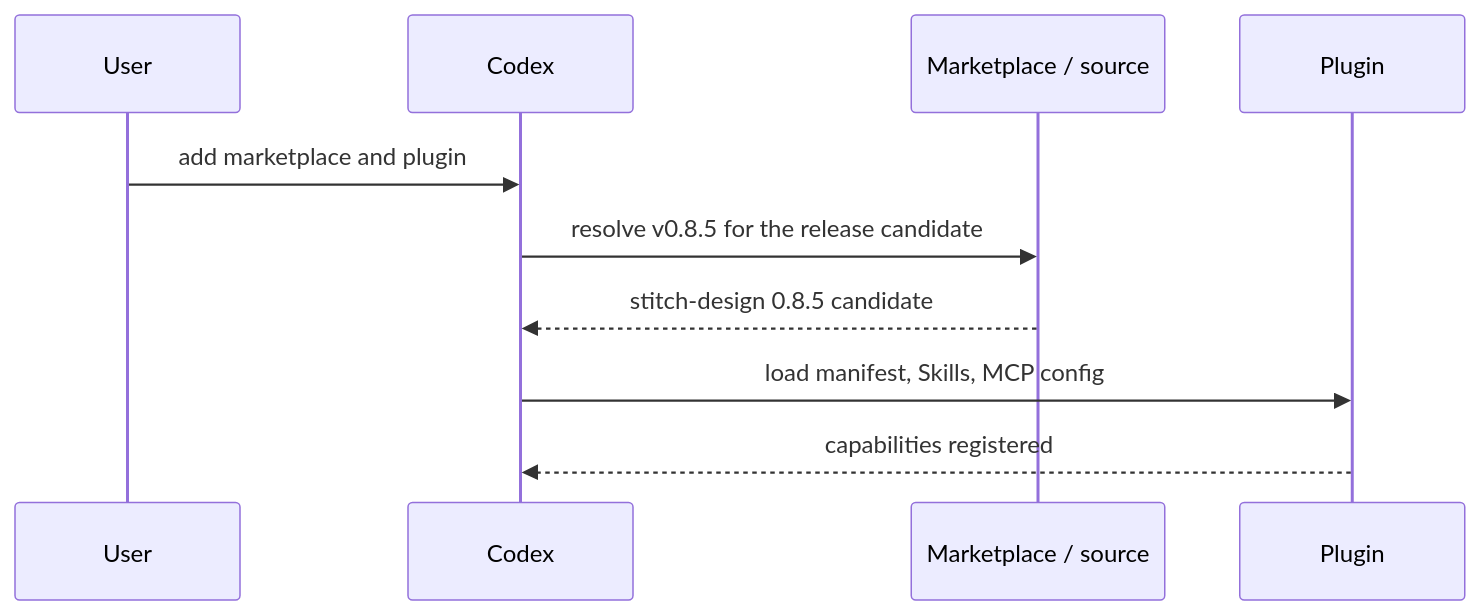
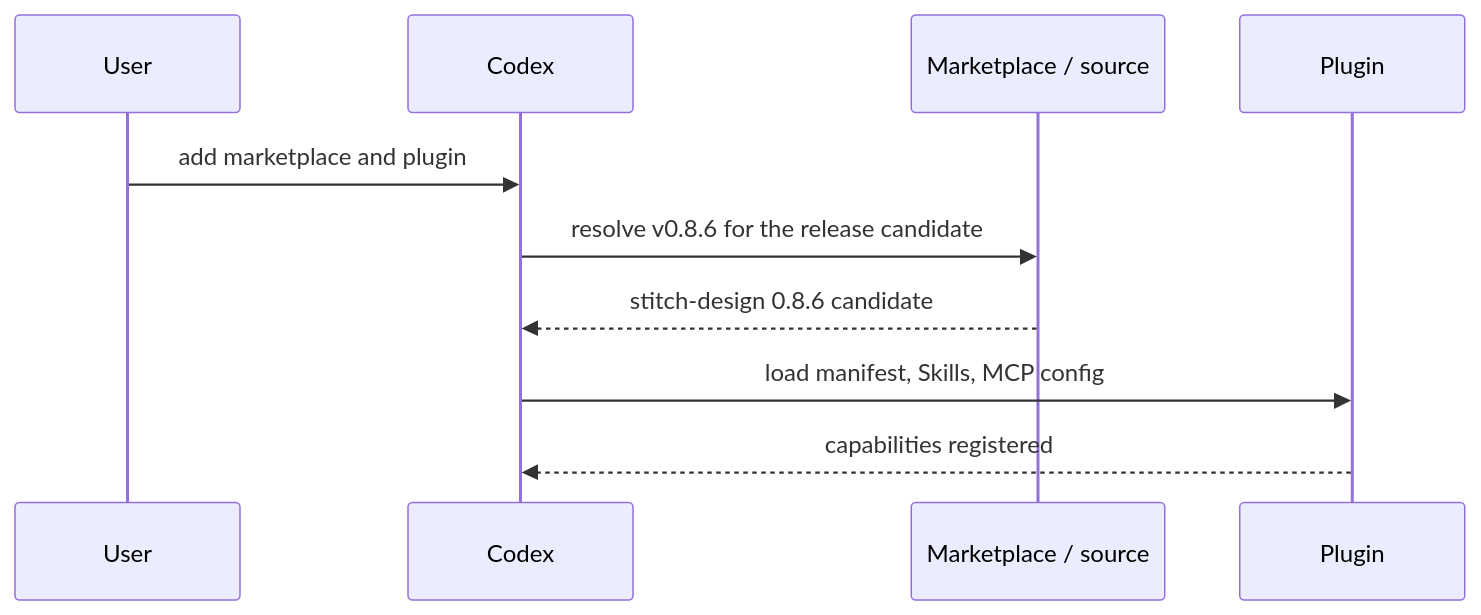
The seventh of 11 diagrams in docs/Stitch-Design-Architecture.md (full-stack-plugins/stitch-design-plugin), drawn with Mermaid before and after one commit. The commit also changed other lines of this file and 13 other files, not shown here.

````diff
--- a/docs/Stitch-Design-Architecture.md
+++ b/docs/Stitch-Design-Architecture.md
@@ -175,12 +175,12 @@
 ```mermaid
 sequenceDiagram
     participant U as User
     participant C as Codex
     participant M as Marketplace / source
     participant P as Plugin
     U->>C: add marketplace and plugin
-    C->>M: resolve v0.8.5 for the release candidate
-    M-->>C: stitch-design 0.8.5 candidate
+    C->>M: resolve v0.8.6 for the release candidate
+    M-->>C: stitch-design 0.8.6 candidate
     C->>P: load manifest, Skills, MCP config
     P-->>C: capabilities registered
 ```
````
